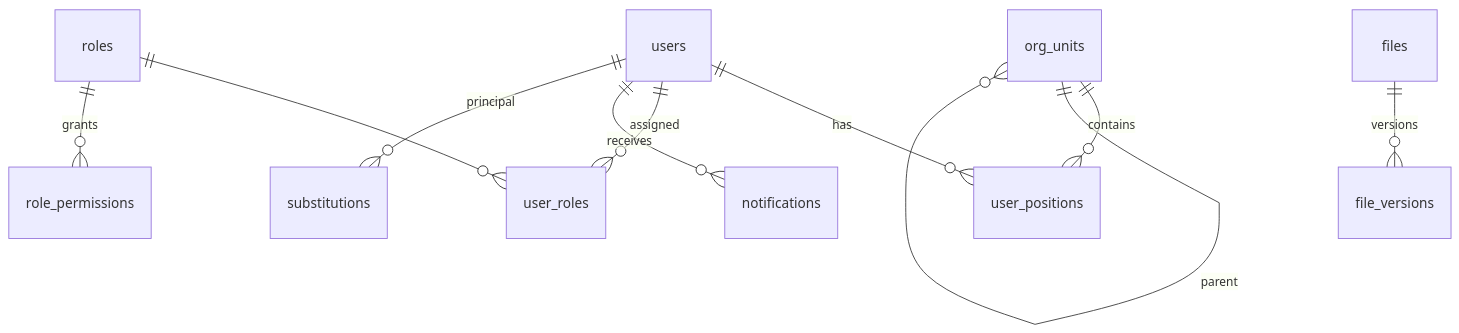
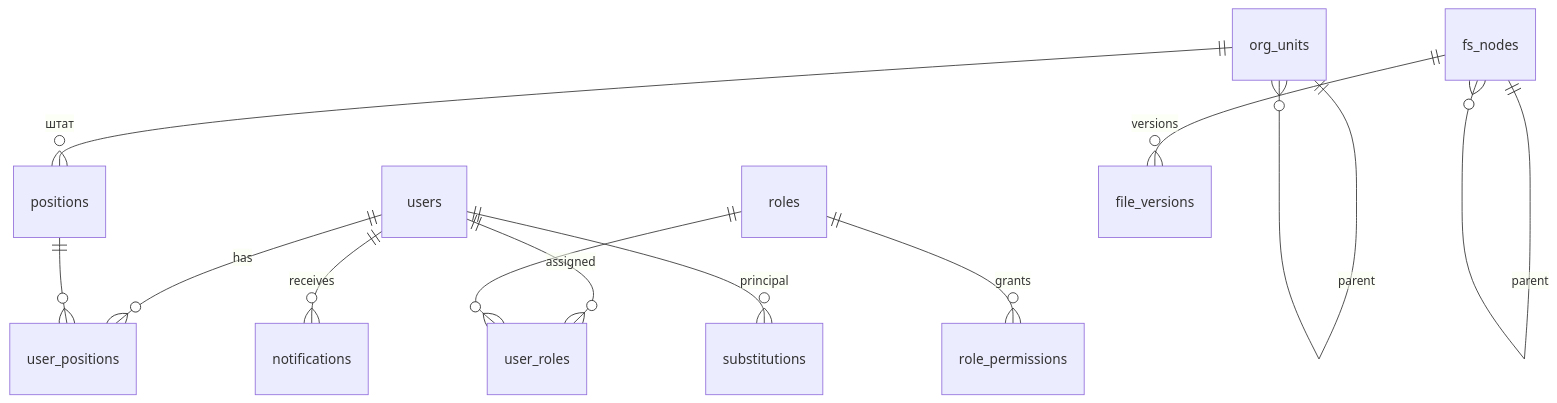
One commit to aminjon1065/cuks changed the first of 7 diagrams in docs/07-data-model.md. Above: the diagram before and after it, drawn with Mermaid. The commit also changed other lines of this file and 12 other files, not shown here.

````diff
--- a/docs/07-data-model.md
+++ b/docs/07-data-model.md
@@ -13,12 +25,14 @@
 ```mermaid
 erDiagram
   users ||--o{ user_positions : has
-  org_units ||--o{ user_positions : contains
+  org_units ||--o{ positions : "штат"
+  positions ||--o{ user_positions : ""
   org_units ||--o{ org_units : parent
   users ||--o{ user_roles : assigned
   roles ||--o{ user_roles : ""
   roles ||--o{ role_permissions : grants
   users ||--o{ notifications : receives
-  files ||--o{ file_versions : versions
+  fs_nodes ||--o{ file_versions : versions
+  fs_nodes ||--o{ fs_nodes : parent
   users ||--o{ substitutions : principal
 ```
````
